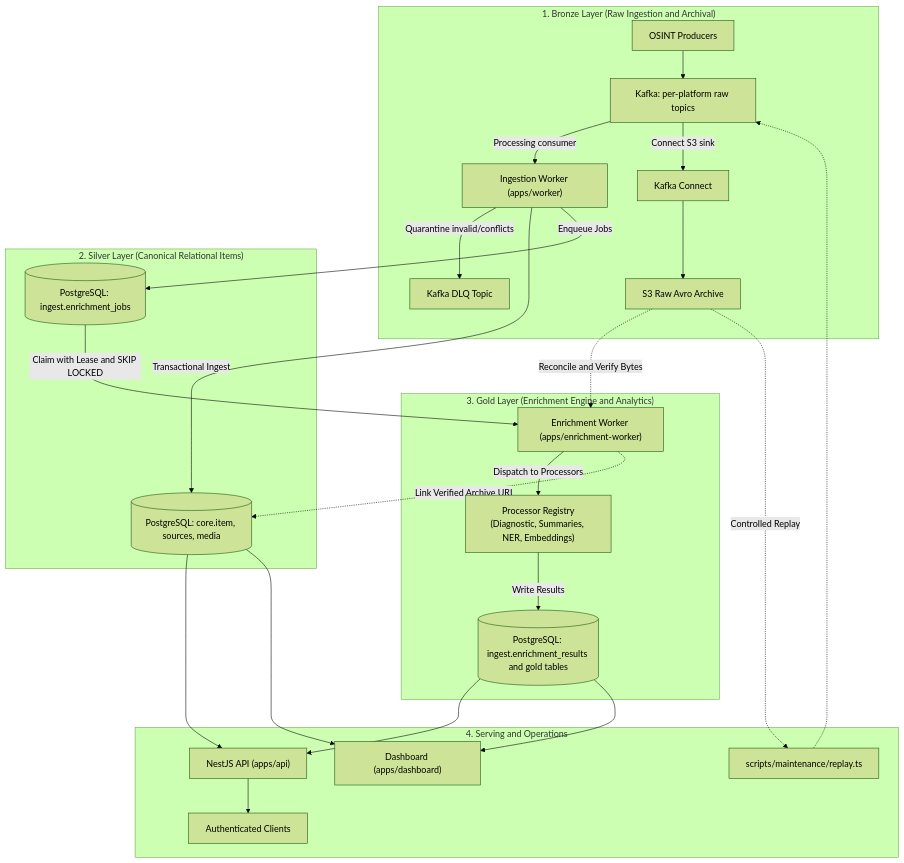
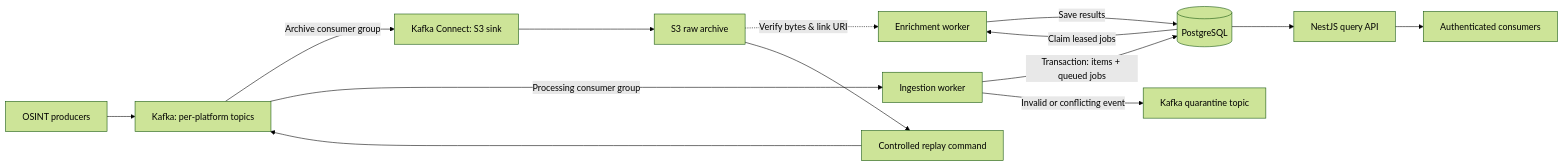
The diagram in README.md (tabash21/nexus), drawn with Mermaid (forest theme) before and after one commit. The commit also changed other lines of this file, not shown here.

Commit message:
docs: update architecture flowchart and system component descriptions in README

````diff
--- a/README.md
+++ b/README.md
@@ -9,31 +7,16 @@
 ```mermaid
-flowchart TD
-    subgraph Bronze ["1. Bronze Layer (Raw Ingestion and Archival)"]
-        Producers[OSINT Producers] --> Kafka[Kafka: per-platform raw topics]
-        Kafka -->|Processing consumer| Worker["Ingestion Worker (apps/worker)"]
-        Kafka -->|Connect S3 sink| Connect["Kafka Connect"]
-        Connect --> S3Raw["S3 Raw Avro Archive"]
-        Worker -->|Quarantine invalid/conflicts| DLQ[Kafka DLQ Topic]
-    end
-
-    subgraph Silver ["2. Silver Layer (Canonical Relational Items)"]
-        Worker -->|Transactional Ingest| PG_Silver[("PostgreSQL: core.item, sources, media")]
-        Worker -->|Enqueue Jobs| PG_Jobs[("PostgreSQL: ingest.enrichment_jobs")]
-    end
-
-    subgraph Gold ["3. Gold Layer (Enrichment Engine and Analytics)"]
-        PG_Jobs -->|Claim with Lease and SKIP LOCKED| EnrichWorker["Enrichment Worker (apps/enrichment-worker)"]
-        EnrichWorker -->|Dispatch to Processors| Pipeline["Processor Registry\n(Diagnostic, Summaries, NER, Embeddings)"]
-        Pipeline -->|Write Results| PG_Gold[("PostgreSQL: ingest.enrichment_results and gold tables")]
-        S3Raw -.->|Reconcile and Verify Bytes| EnrichWorker
-        EnrichWorker -.->|Link Verified Archive URI| PG_Silver
-    end
-
-    subgraph Serving ["4. Serving and Operations"]
-        PG_Silver & PG_Gold --> API["NestJS API (apps/api)"]
-        API --> Consumers[Authenticated Clients]
-        PG_Silver & PG_Gold --> Dashboard["Dashboard (apps/dashboard)"]
-        S3Raw -.->|Controlled Replay| Replay["scripts/maintenance/replay.ts"]
-        Replay -.-> Kafka
-    end
+flowchart LR
+    Producers[OSINT producers] --> Kafka[Kafka: per-platform topics]
+    Kafka -->|Archive consumer group| Connect[Kafka Connect: S3 sink]
+    Connect --> Raw[S3 raw archive]
+    Kafka -->|Processing consumer group| Worker[Ingestion worker]
+    Worker -->|Transaction: items + queued jobs| PG[(PostgreSQL)]
+    Worker -->|Invalid or conflicting event| DLQ[Kafka quarantine topic]
+    PG -->|Claim leased jobs| Enrichment[Enrichment worker]
+    Enrichment -->|Save results| PG
+    Raw -.->|Verify bytes & link URI| Enrichment
+    PG --> API[NestJS query API]
+    API --> Consumers[Authenticated consumers]
+    Raw --> Replay[Controlled replay command]
+    Replay --> Kafka
 ```
````
